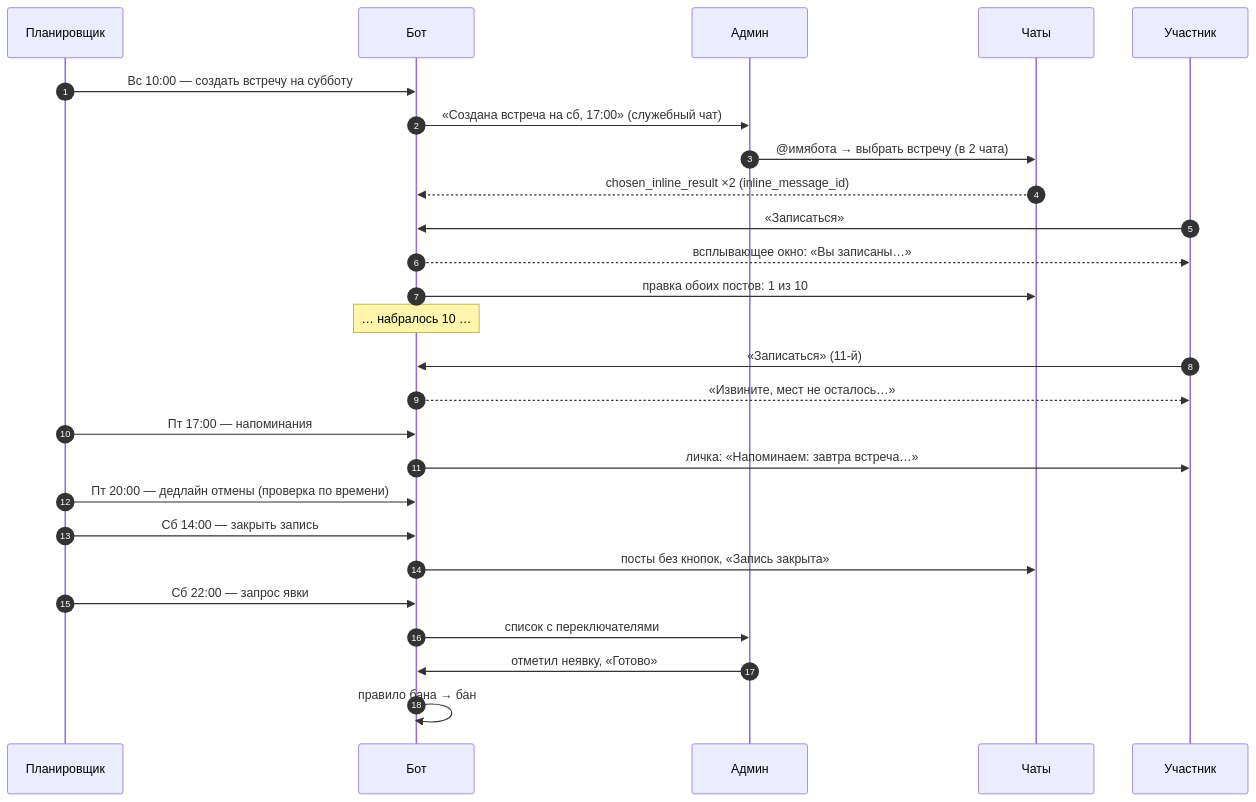
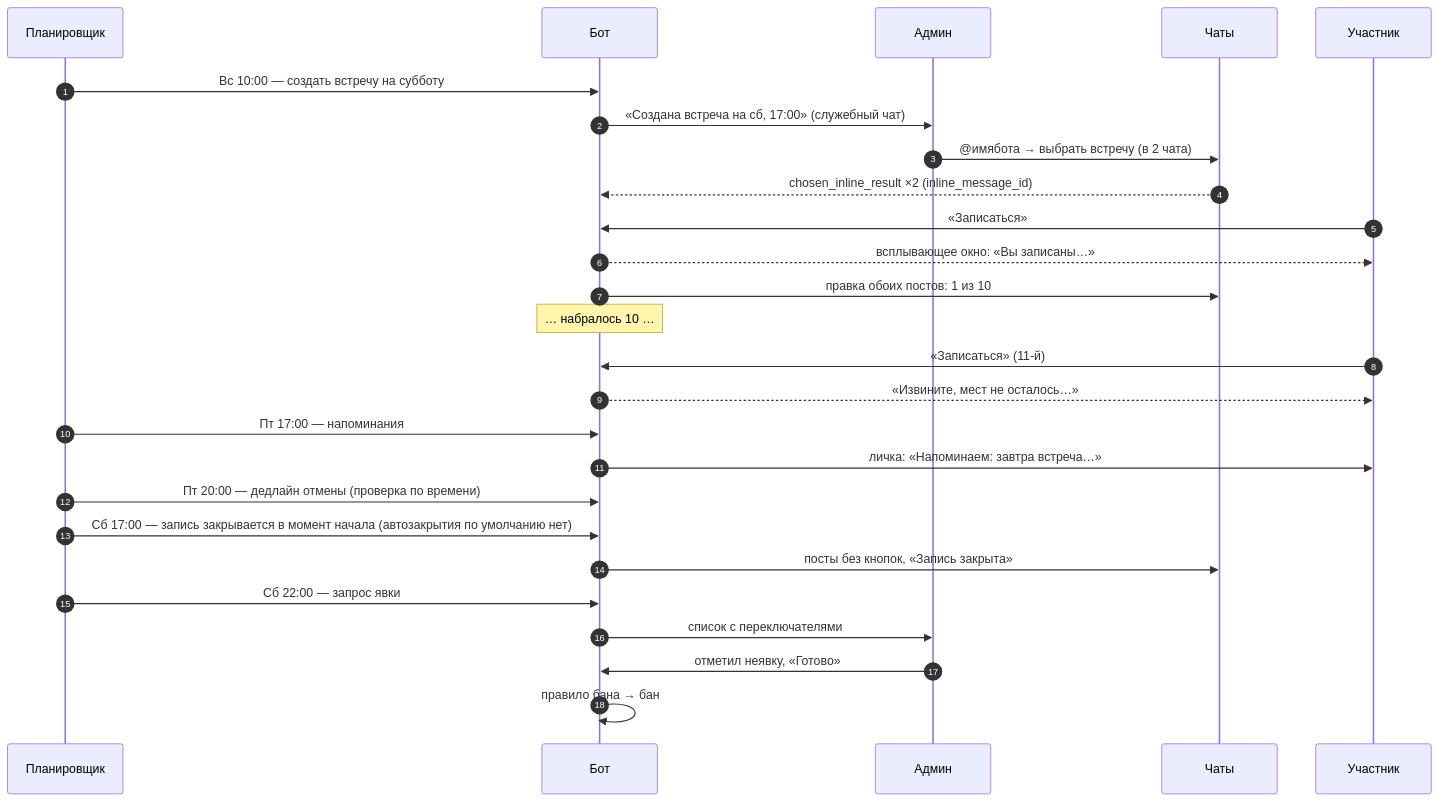
The diagram in docs/spec/21-appendices.md (dimbo1324/meetup-rsvp-bot), drawn with Mermaid before and after one commit. The commit also changed 7 other files, not shown here.

````diff
--- a/docs/spec/21-appendices.md
+++ b/docs/spec/21-appendices.md
@@ -22,29 +22,29 @@
 ```mermaid
 sequenceDiagram
     autonumber
     participant S as Планировщик
     participant B as Бот
     participant A as Админ
     participant C as Чаты
     participant U as Участник
 
     S->>B: Вс 10:00 — создать встречу на субботу
     B->>A: «Создана встреча на сб, 17:00» (служебный чат)
     A->>C: @имябота → выбрать встречу (в 2 чата)
     C-->>B: chosen_inline_result ×2 (inline_message_id)
     U->>B: «Записаться»
     B-->>U: всплывающее окно: «Вы записаны…»
     B->>C: правка обоих постов: 1 из 10
     Note over B: … набралось 10 …
     U->>B: «Записаться» (11-й)
     B-->>U: «Извините, мест не осталось…»
     S->>B: Пт 17:00 — напоминания
     B->>U: личка: «Напоминаем: завтра встреча…»
     S->>B: Пт 20:00 — дедлайн отмены (проверка по времени)
-    S->>B: Сб 14:00 — закрыть запись
+    S->>B: Сб 17:00 — запись закрывается в момент начала (автозакрытия по умолчанию нет)
     B->>C: посты без кнопок, «Запись закрыта»
     S->>B: Сб 22:00 — запрос явки
     B->>A: список с переключателями
     A->>B: отметил неявку, «Готово»
     B->>B: правило бана → бан
 ```
````
